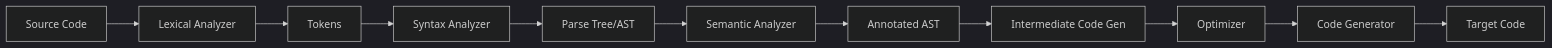
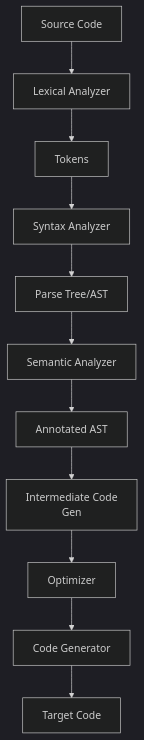
One commit to amitdevx/TY changed the second of 2 diagrams in 02-Semester-VI/CS-354-MJ-T-Compiler-Construction/Overview.md. Above: the diagram before and after it, drawn with Mermaid (dark theme). The commit also changed other lines of this file and 65 other files, not shown here.

Commit message:
fix:graph vertical

````diff
--- a/02-Semester-VI/CS-354-MJ-T-Compiler-Construction/Overview.md
+++ b/02-Semester-VI/CS-354-MJ-T-Compiler-Construction/Overview.md
@@ -109,13 +109,13 @@
 ```mermaid
-flowchart LR
+flowchart TD
   A[Source Code] --> B[Lexical Analyzer]
   B --> C[Tokens]
   C --> D[Syntax Analyzer]
   D --> E[Parse Tree/AST]
   E --> F[Semantic Analyzer]
   F --> G[Annotated AST]
-  G --> H[Intermediate Code Gen]
+  G --> H[Intermediate Code<br/>Gen]
   H --> I[Optimizer]
   I --> J[Code Generator]
   J --> K[Target Code]
 ```
````
